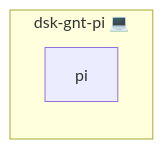
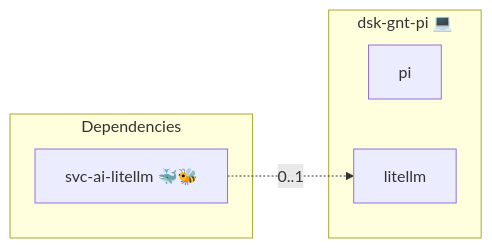
Before and after one commit to infinito-nexus/core: the diagram in roles/dsk-gnt-pi/README.md, drawn with Mermaid. The commit also changed 4 other files, not shown here.

````diff
--- a/roles/dsk-gnt-pi/README.md
+++ b/roles/dsk-gnt-pi/README.md
@@ -17,6 +17,11 @@
 ```mermaid
 flowchart LR
+    subgraph deps [Dependencies]
+        dep_svc_ai_litellm["svc-ai-litellm 🐳🐝"]
+    end
     subgraph role [dsk-gnt-pi 💻]
         svc_pi["pi"]
+        svc_litellm["litellm"]
     end
+    dep_svc_ai_litellm -. "0..1" .-> svc_litellm
 ```
````
